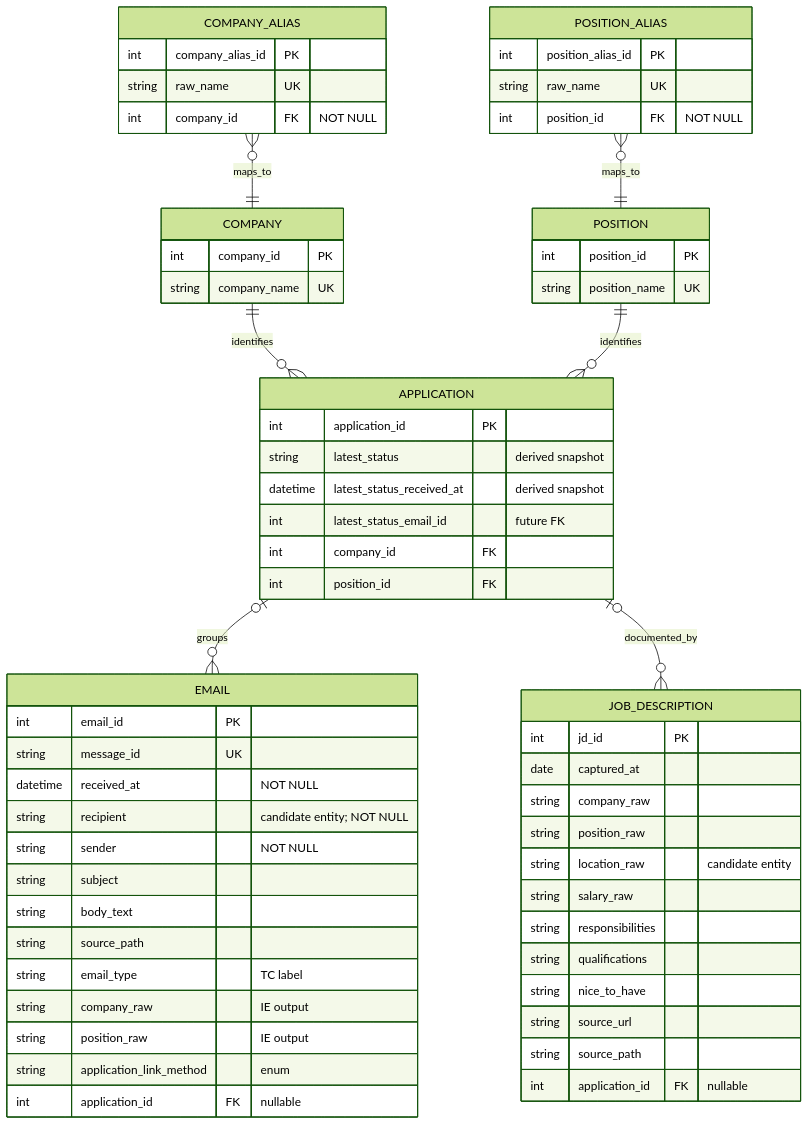
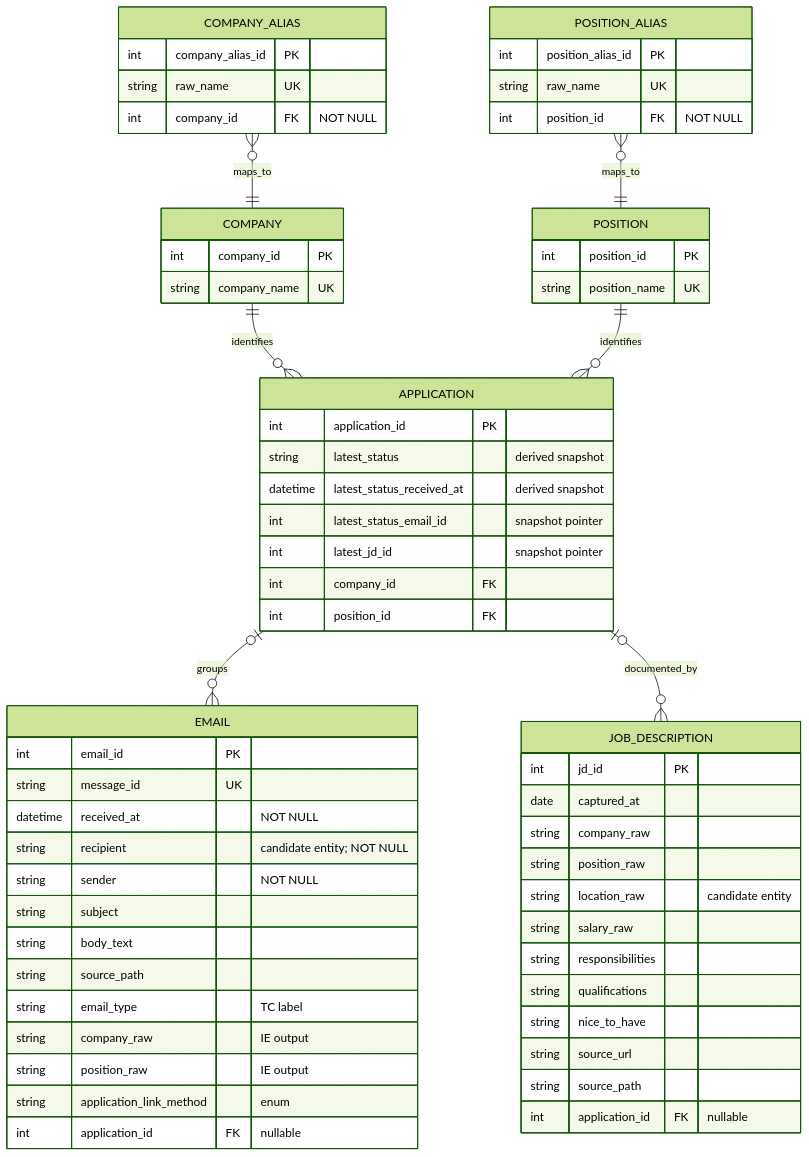
One commit to Kaichao-Zheng/Heard-Back-Yet changed the diagram in docs/logical_schema.md. Above: the diagram before and after it, drawn with Mermaid (forest theme). The commit also changed 5 other files, not shown here.

Commit message:
feat: add latest_jd_id snapshot pointer to application table

````diff
--- a/docs/logical_schema.md
+++ b/docs/logical_schema.md
@@ -1,74 +1,75 @@
 ```mermaid
 erDiagram
     COMPANY_ALIAS {
         int company_alias_id PK
         string raw_name UK
         int company_id FK "NOT NULL"
     }
 
     POSITION_ALIAS {
         int position_alias_id PK
         string raw_name UK
         int position_id FK "NOT NULL"
     }
 
     COMPANY {
         int company_id PK
         string company_name UK
     }
 
     POSITION {
         int position_id PK
         string position_name UK
     }
 
     APPLICATION {
         int application_id PK
         string latest_status "derived snapshot"
         datetime latest_status_received_at "derived snapshot"
-        int latest_status_email_id "future FK"
+        int latest_status_email_id "snapshot pointer"
+        int latest_jd_id "snapshot pointer"
         int company_id FK
         int position_id FK
     }
 
     EMAIL {
         int email_id PK
         string message_id UK
         datetime received_at "NOT NULL"
         string recipient "candidate entity; NOT NULL"
         string sender "NOT NULL"
         string subject
         string body_text
         string source_path
         string email_type "TC label"
         string company_raw "IE output"
         string position_raw "IE output"
         string application_link_method "enum"
         int application_id FK "nullable"
     }
 
     JOB_DESCRIPTION {
         int jd_id PK
         date captured_at
         string company_raw
         string position_raw
         string location_raw "candidate entity"
         string salary_raw
         string responsibilities
         string qualifications
         string nice_to_have
         string source_url
         string source_path
         int application_id FK "nullable"
     }
 
     
     COMPANY_ALIAS }o--|| COMPANY : maps_to
     POSITION_ALIAS }o--|| POSITION : maps_to
     
     COMPANY ||--o{ APPLICATION : identifies
     POSITION ||--o{ APPLICATION : identifies
 
     APPLICATION |o--o{ EMAIL : groups
     APPLICATION |o--o{ JOB_DESCRIPTION : documented_by
 ```
````
